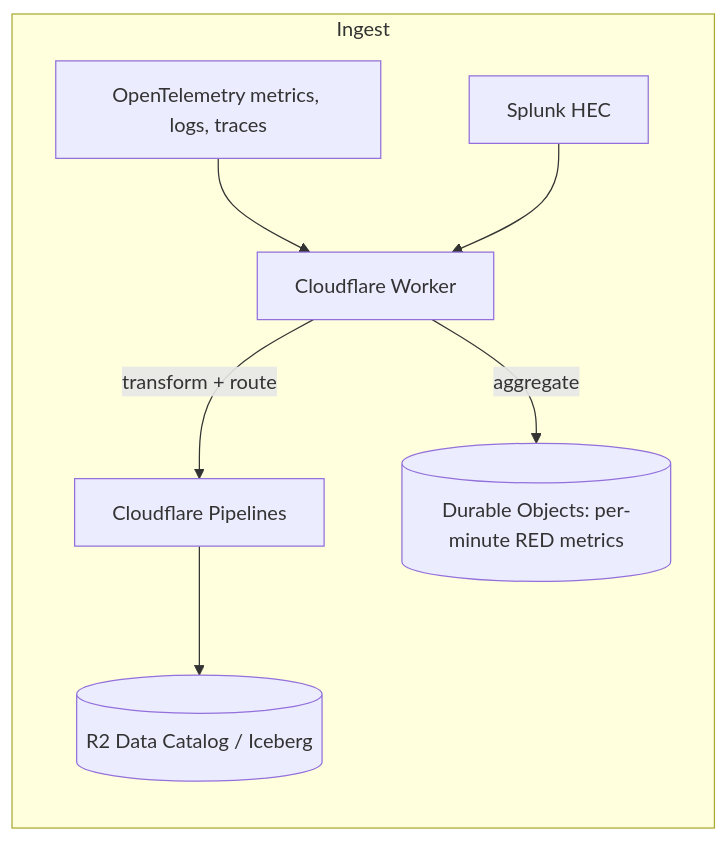
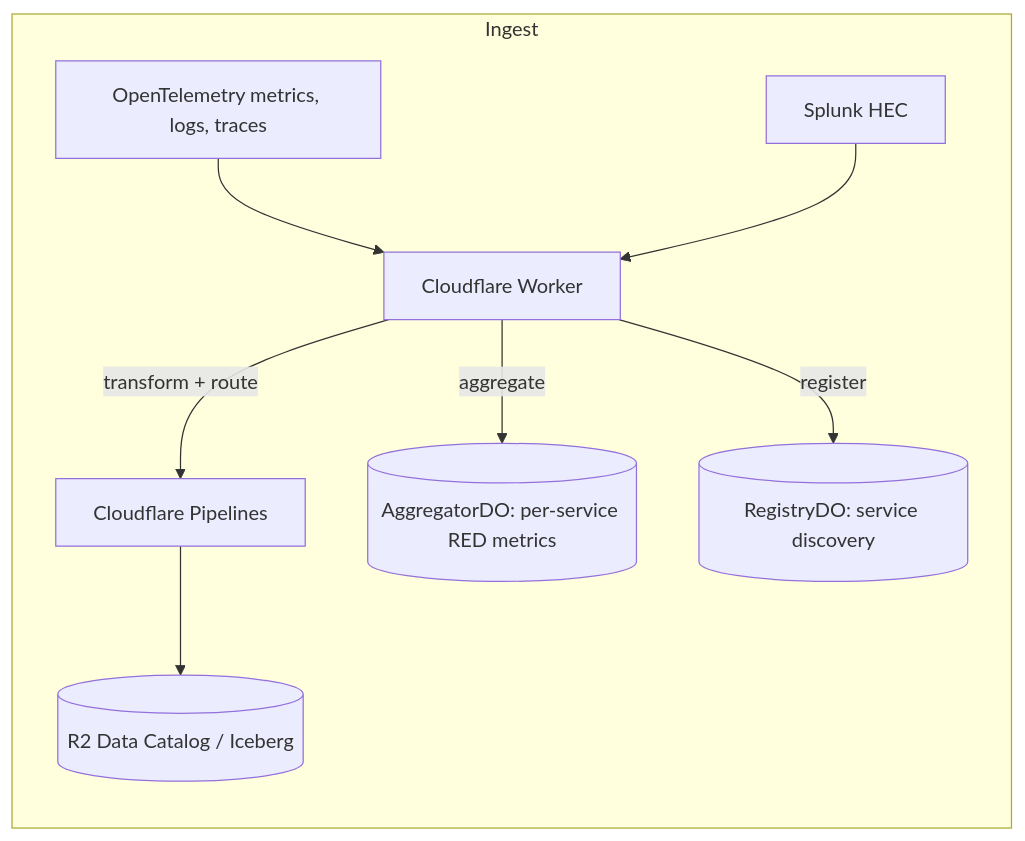
Before and after one commit to smithclay/otlp2pipeline: the diagram in README.md, drawn with Mermaid.

````diff
--- a/README.md
+++ b/README.md
@@ -9,10 +9,11 @@
 ```mermaid
 flowchart LR
     subgraph Ingest["Ingest"]
         OTLP[OpenTelemetry metrics, logs, traces] --> W[Cloudflare Worker]
         HEC[Splunk HEC] --> W
         W -->|transform + route| P[Cloudflare Pipelines]
         P --> R2[(R2 Data Catalog / Iceberg)]
-        W -->|aggregate| DO[("Durable Objects: per-minute RED metrics")]
+        W -->|aggregate| ADO[("AggregatorDO: per-service RED metrics")]
+        W -->|register| RDO[("RegistryDO: service discovery")]
     end
 ```
````
